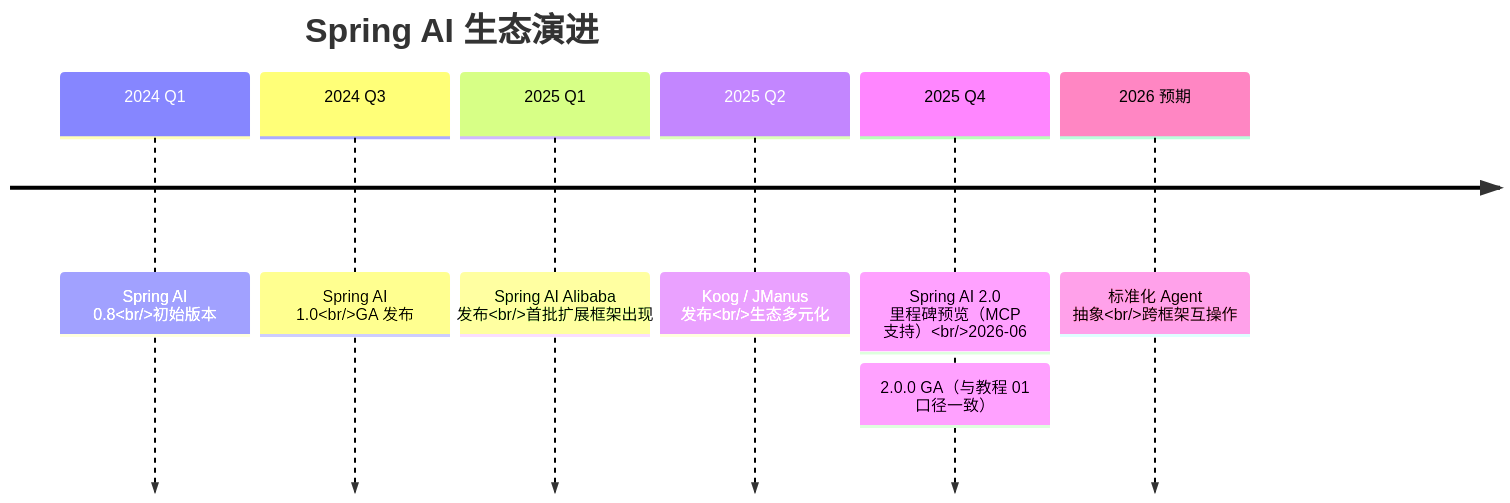
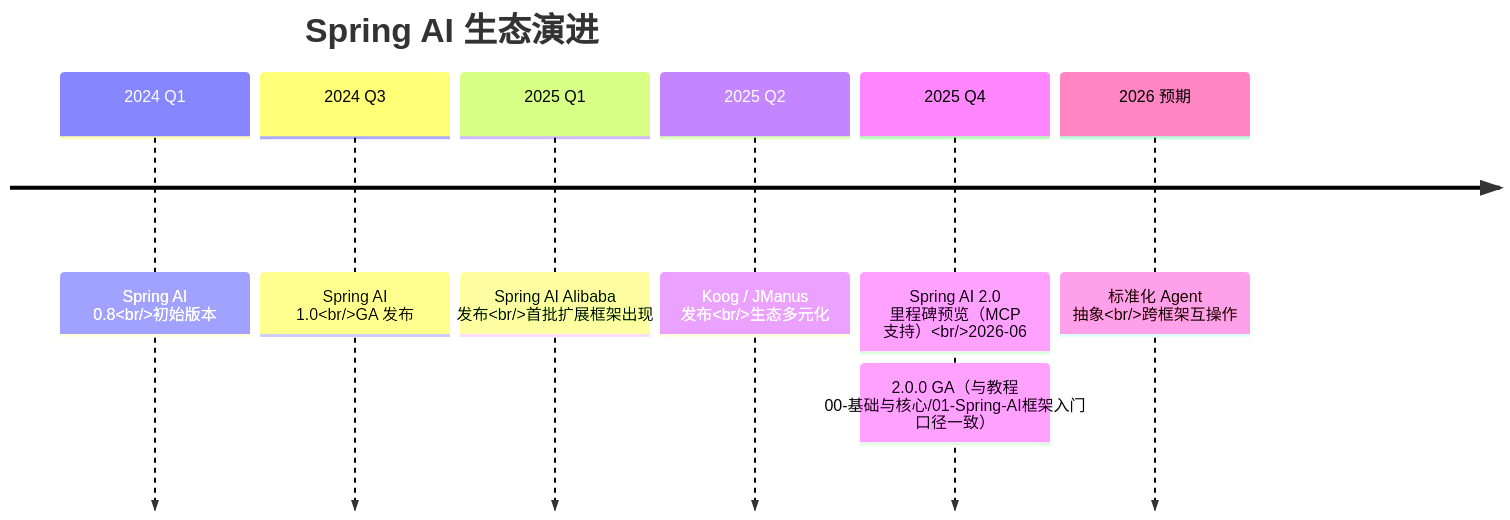
Diagram 17 of 18 in docs/前沿/06-Spring-AI生态全景.md (UranusGit/java-agent-learn), drawn with Mermaid before and after one commit. The commit also changed other lines of this file and 634 other files, not shown here.

````diff
--- a/docs/前沿/06-Spring-AI生态全景.md
+++ b/docs/前沿/06-Spring-AI生态全景.md
@@ -700,10 +700,10 @@
 ```mermaid
 timeline
     title Spring AI 生态演进
     2024 Q1 : Spring AI 0.8<br/>初始版本
     2024 Q3 : Spring AI 1.0<br/>GA 发布
     2025 Q1 : Spring AI Alibaba 发布<br/>首批扩展框架出现
     2025 Q2 : Koog / JManus 发布<br/>生态多元化
-    2025 Q4 : Spring AI 2.0 里程碑预览（MCP 支持）<br/>2026-06 : 2.0.0 GA（与教程 01 口径一致）
+    2025 Q4 : Spring AI 2.0 里程碑预览（MCP 支持）<br/>2026-06 : 2.0.0 GA（与教程 00-基础与核心/01-Spring-AI框架入门 口径一致）
     2026 预期 : 标准化 Agent 抽象<br/>跨框架互操作
 ```
````
